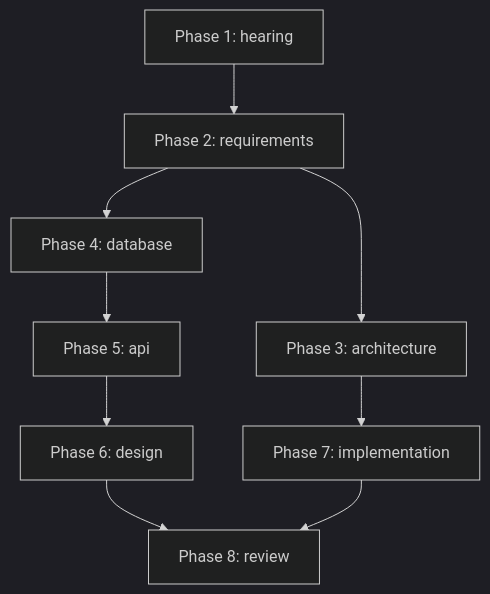
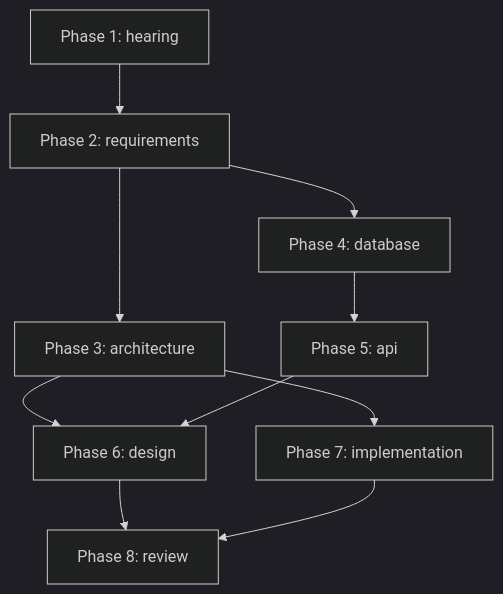
One commit to sizukutamago/dev-tools-plugin changed the first of 2 diagrams in skills/design-doc-orchestrator/SKILL.md. Above: the diagram before and after it, drawn with Mermaid (dark theme). The commit also changed other lines of this file and 17 other files, not shown here.

````diff
--- a/skills/design-doc-orchestrator/SKILL.md
+++ b/skills/design-doc-orchestrator/SKILL.md
@@ -225,11 +266,12 @@
 ```mermaid
 graph TD
     P1[Phase 1: hearing] --> P2[Phase 2: requirements]
     P2 --> P3[Phase 3: architecture]
     P2 --> P4[Phase 4: database]
     P4 --> P5[Phase 5: api]
+    P3 --> P6[Phase 6: design]
     P3 --> P7[Phase 7: implementation]
-    P5 --> P6[Phase 6: design]
+    P5 --> P6
     P6 --> P8[Phase 8: review]
     P7 --> P8
 ```
````
